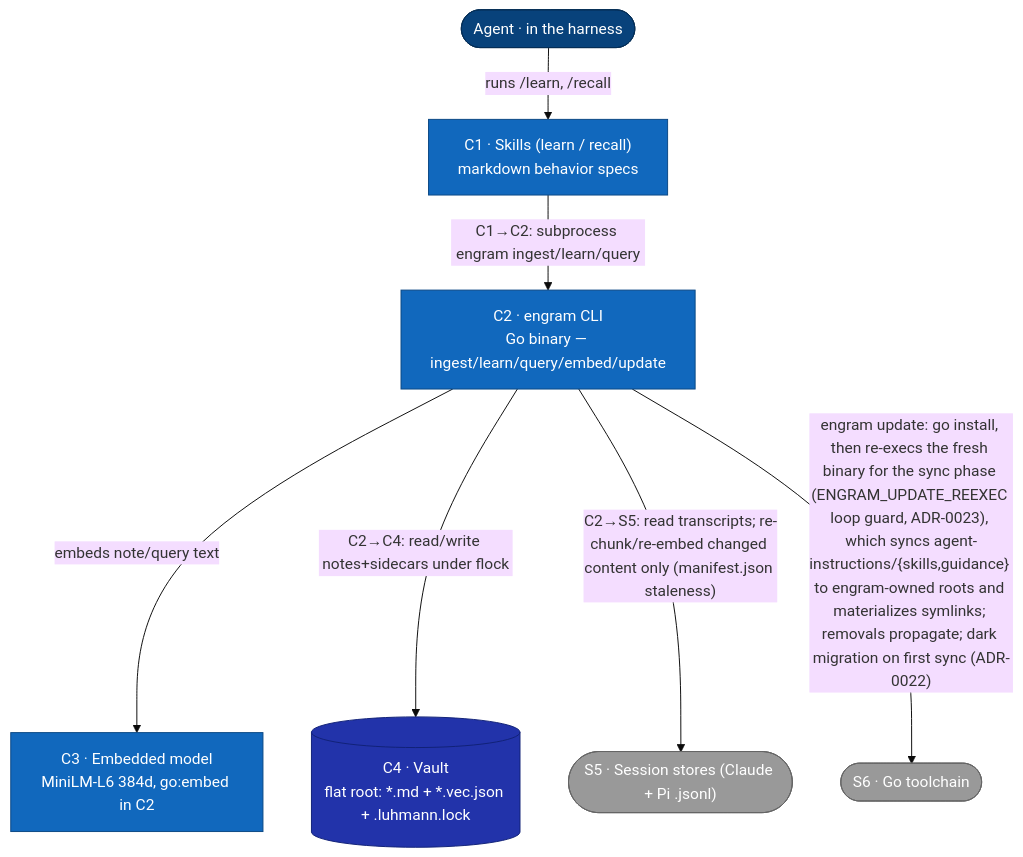
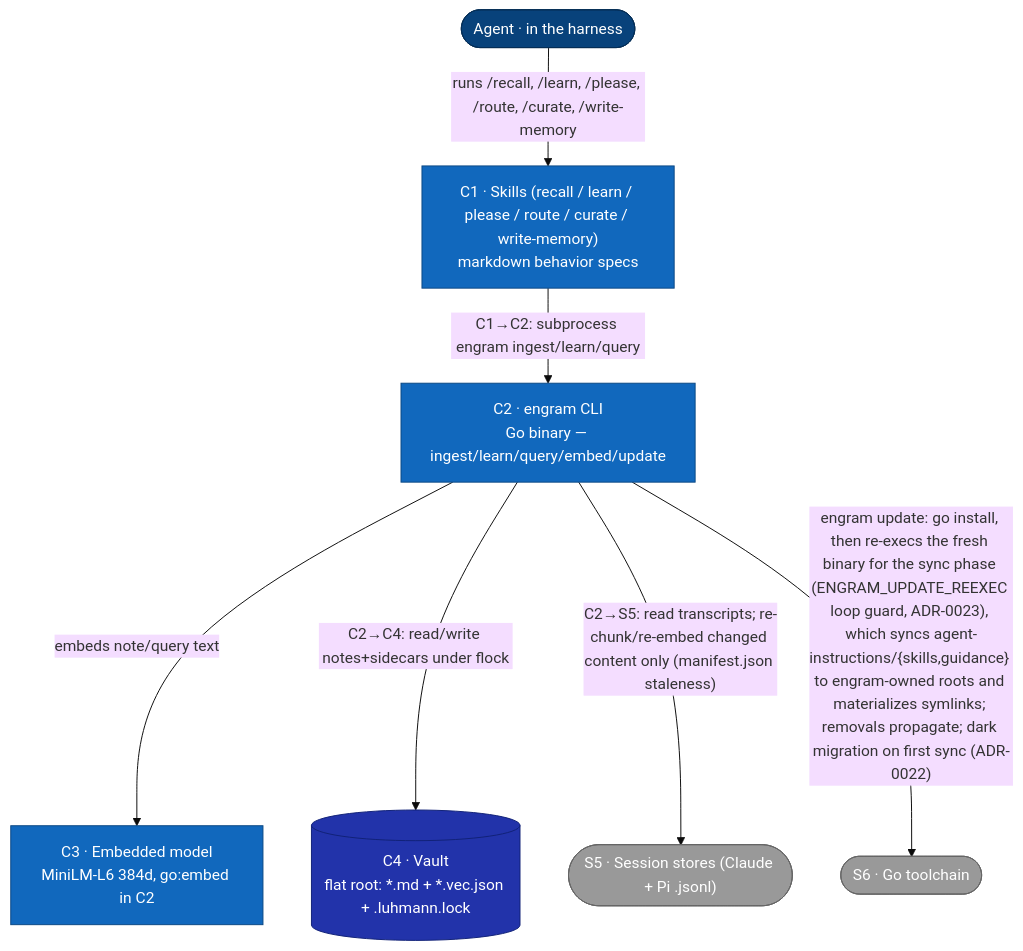
Before and after one commit to toejough/engram: the first of 8 diagrams in docs/architecture/c2-containers.md, drawn with Mermaid (base theme). The commit also changed other lines of this file and 10 other files, not shown here.

````diff
--- a/docs/architecture/c2-containers.md
+++ b/docs/architecture/c2-containers.md
@@ -10,27 +10,27 @@
 ```mermaid
 flowchart TB
     classDef person    fill:#08427b,stroke:#052e56,color:#fff
     classDef external  fill:#999,   stroke:#666,   color:#fff
     classDef container fill:#1168bd,stroke:#0b4884,color:#fff
     classDef store     fill:#23a,   stroke:#127,   color:#fff
 
     agent([Agent · in the harness])
-    skills["C1 · Skills (learn / recall)<br/>markdown behavior specs"]
+    skills["C1 · Skills (recall / learn / please / route / curate / write-memory)<br/>markdown behavior specs"]
     cli["C2 · engram CLI<br/>Go binary — ingest/learn/query/embed/update"]
     model["C3 · Embedded model<br/>MiniLM-L6 384d, go:embed in C2"]
     vault[("C4 · Vault<br/>flat root: *.md + *.vec.json + .luhmann.lock")]
     sessions(["S5 · Session stores (Claude + Pi .jsonl)"])
     gotool(["S6 · Go toolchain"])
 
-    agent -->|"runs /learn, /recall"| skills
+    agent -->|"runs /recall, /learn, /please, /route, /curate, /write-memory"| skills
     skills -->|"C1→C2: subprocess engram ingest/learn/query"| cli
     cli -->|"embeds note/query text"| model
     cli -->|"C2→C4: read/write notes+sidecars under flock"| vault
     cli -->|"C2→S5: read transcripts; re-chunk/re-embed changed content only (manifest.json staleness)"| sessions
     cli -->|"engram update: go install, then re-execs the fresh binary for the sync phase (ENGRAM_UPDATE_REEXEC loop guard, ADR-0023), which syncs agent-instructions/{skills,guidance} to engram-owned roots and materializes symlinks; removals propagate; dark migration on first sync (ADR-0022)"| gotool
 
     class agent person
     class skills,cli,model container
     class vault store
     class sessions,gotool external
 ```
````
